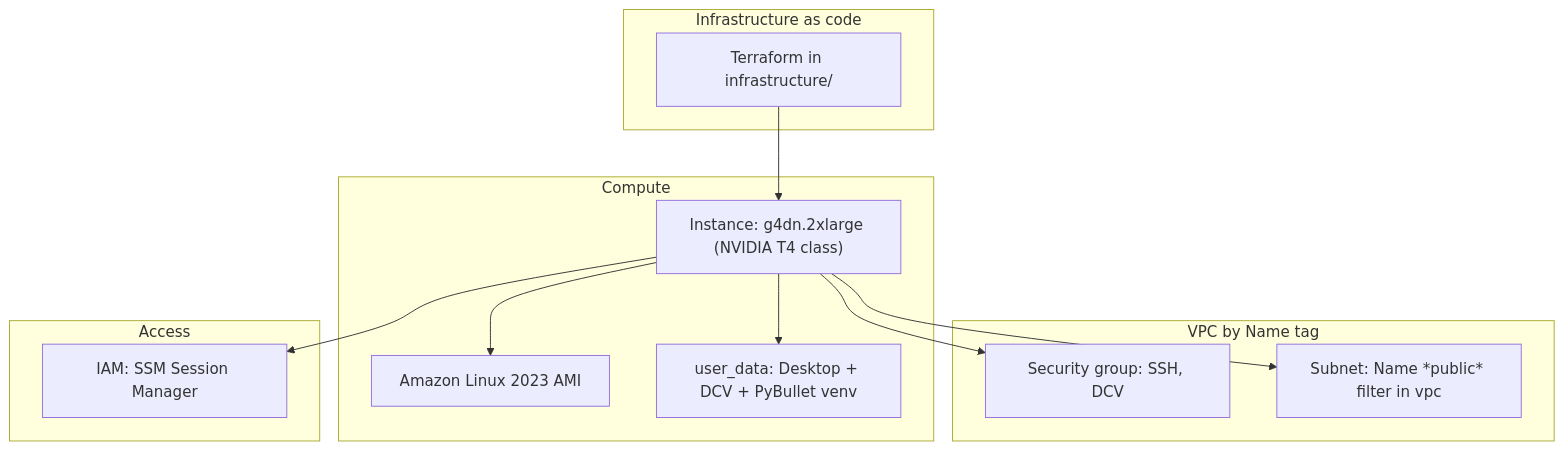
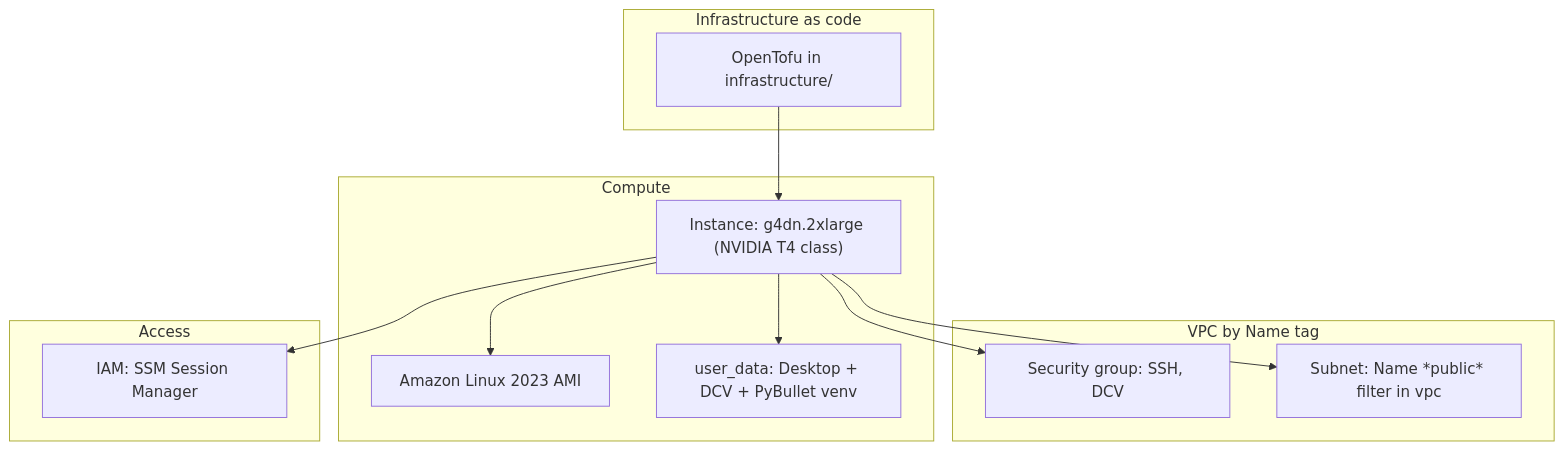
Before and after one commit to rubencg195/aws-pybullet-environment: the second of 2 diagrams in README.md, drawn with Mermaid. The commit also changed other lines of this file and 3 other files, not shown here.

````diff
--- a/README.md
+++ b/README.md
@@ -24,24 +24,24 @@
 ```mermaid
 flowchart TB
   subgraph iac["Infrastructure as code"]
-    TF["Terraform in infrastructure/"]
+    OT["OpenTofu in infrastructure/"]
   end
   subgraph net["VPC by Name tag"]
     SG["Security group: SSH, DCV"]
     SN["Subnet: Name *public* filter in vpc"]
   end
   subgraph compute["Compute"]
     AL2023["Amazon Linux 2023 AMI"]
     UD["user_data: Desktop + DCV + PyBullet venv"]
     G4["Instance: g4dn.2xlarge (NVIDIA T4 class)"]
   end
   subgraph access["Access"]
     SSM["IAM: SSM Session Manager"]
   end
-  TF --> G4
+  OT --> G4
   G4 --> AL2023
   G4 --> SG
   G4 --> SN
   G4 --> UD
   G4 --> SSM
 ```
````
